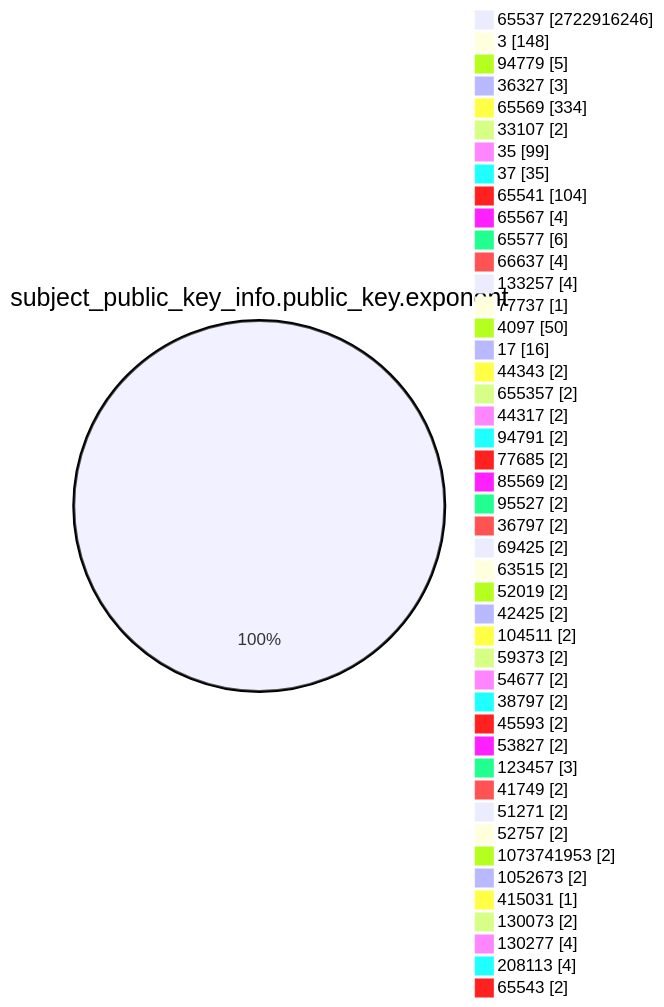
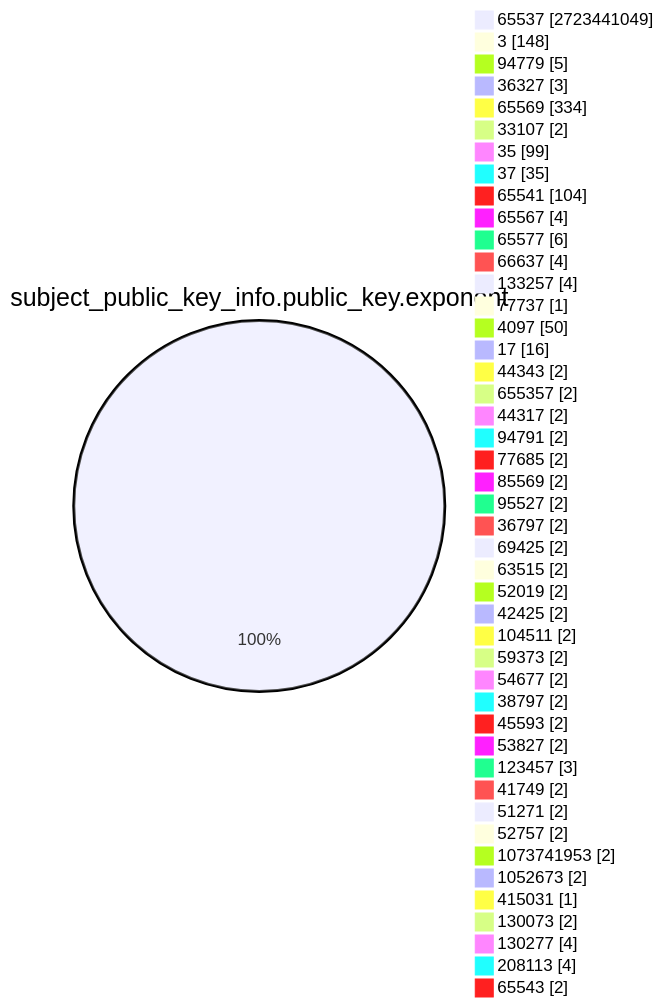
The fourth of 15 diagrams in TOTAL/README.md (christiankrug/ctmonitor_visualization), drawn with Mermaid before and after one commit. The commit also changed other lines of this file, not shown here.

````diff
--- a/TOTAL/README.md
+++ b/TOTAL/README.md
@@ -1467,49 +1467,49 @@
 ```mermaid
 pie showData
 title subject_public_key_info.public_key.exponent
-"65537" :2722916246
+"65537" :2723441049
 "3" :148
 "94779" :5
 "36327" :3
 "65569" :334
 "33107" :2
 "35" :99
 "37" :35
 "65541" :104
 "65567" :4
 "65577" :6
 "66637" :4
 "133257" :4
 "77737" :1
 "4097" :50
 "17" :16
 "44343" :2
 "655357" :2
 "44317" :2
 "94791" :2
 "77685" :2
 "85569" :2
 "95527" :2
 "36797" :2
 "69425" :2
 "63515" :2
 "52019" :2
 "42425" :2
 "104511" :2
 "59373" :2
 "54677" :2
 "38797" :2
 "45593" :2
 "53827" :2
 "123457" :3
 "41749" :2
 "51271" :2
 "52757" :2
 "1073741953" :2
 "1052673" :2
 "415031" :1
 "130073" :2
 "130277" :4
 "208113" :4
 "65543" :2
 ```
````
